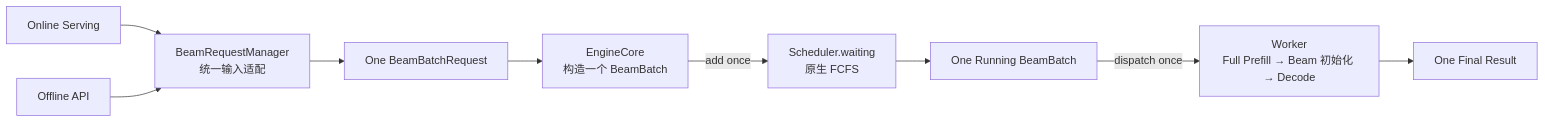
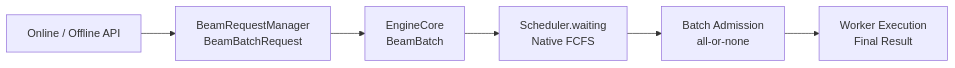
Before and after one commit to zhanghanleo10/gr-related: the first of 10 diagrams in vllm-GR/serving_to_enginecore_batch_beam_entry_design.md, drawn with Mermaid.

Commit message:
docs: simplify Beam Batch overview flow

````diff
--- a/vllm-GR/serving_to_enginecore_batch_beam_entry_design.md
+++ b/vllm-GR/serving_to_enginecore_batch_beam_entry_design.md
@@ -16,21 +16,15 @@
 ```mermaid
 flowchart LR
-    ONLINE[Online Serving]
-    OFFLINE[Offline API]
-    ADAPTER[BeamRequestManager<br/>统一输入适配]
-    WIRE[One BeamBatchRequest]
-    CORE[EngineCore<br/>构造一个 BeamBatch]
-    WAITING[Scheduler.waiting<br/>原生 FCFS]
-    RUNNING[One Running BeamBatch]
-    WORKER[Worker<br/>Full Prefill → Beam 初始化 → Decode]
-    FINAL[One Final Result]
+    SOURCE[Online / Offline API]
+    ENTRY[BeamRequestManager<br/>BeamBatchRequest]
+    CORE[EngineCore<br/>BeamBatch]
+    WAIT[Scheduler.waiting<br/>Native FCFS]
+    ADMIT[Batch Admission<br/>all-or-none]
+    WORKER[Worker Execution<br/>Final Result]
 
-    ONLINE --> ADAPTER
-    OFFLINE --> ADAPTER
-    ADAPTER --> WIRE
-    WIRE --> CORE
-    CORE -->|add once| WAITING
-    WAITING --> RUNNING
-    RUNNING -->|dispatch once| WORKER
-    WORKER --> FINAL
+    SOURCE --> ENTRY
+    ENTRY --> CORE
+    CORE --> WAIT
+    WAIT --> ADMIT
+    ADMIT --> WORKER
 ```
````
